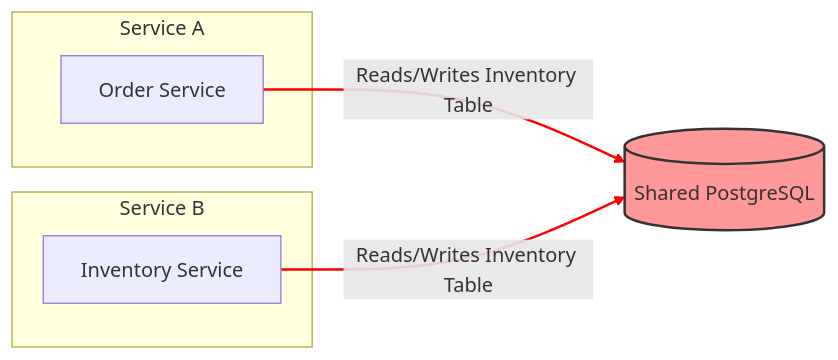
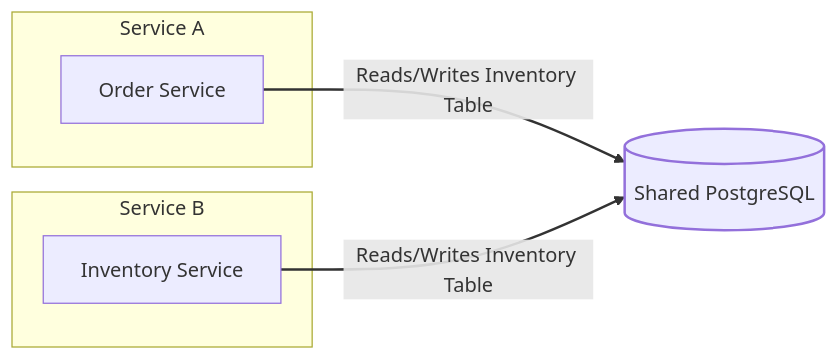
Before and after one commit to DoanNgocCuong/working: diagram 15 of 21 in BUSINESS/1_PRODUCT/2_TECHNICAL_Rút ngắn thời gian làm việc giữa2 team Product và Technical/2.0 v4 Output - SOFTWARE DESIGN DOCUMENT (SDD) - ULTIMATE TEMPLATE.md, drawn with Mermaid. The commit also changed other lines of this file and 60 other files, not shown here.

````diff
--- a/BUSINESS/1_PRODUCT/2_TECHNICAL_Rút ngắn thời gian làm việc giữa2 team Product và Technical/2.0 v4 Output - SOFTWARE DESIGN DOCUMENT (SDD) - ULTIMATE TEMPLATE.md
+++ b/BUSINESS/1_PRODUCT/2_TECHNICAL_Rút ngắn thời gian làm việc giữa2 team Product và Technical/2.0 v4 Output - SOFTWARE DESIGN DOCUMENT (SDD) - ULTIMATE TEMPLATE.md
@@ -5660,16 +5660,16 @@
 ```mermaid
 graph LR
     subgraph Service A
         A[Order Service]
     end
     subgraph Service B
         B[Inventory Service]
     end
     
     A -- Reads/Writes Inventory Table --> DB[(Shared PostgreSQL)]
     B -- Reads/Writes Inventory Table --> DB
     
-    style DB fill:#f99,stroke:#333,stroke-width:2px
-    linkStyle 0 stroke:#f00,stroke-width:2px
-    linkStyle 1 stroke:#f00,stroke-width:2px
+    style DB fill:##f99,stroke:##333,stroke-width:2px
+    linkStyle 0 stroke:##f00,stroke-width:2px
+    linkStyle 1 stroke:##f00,stroke-width:2px
 ```
````
